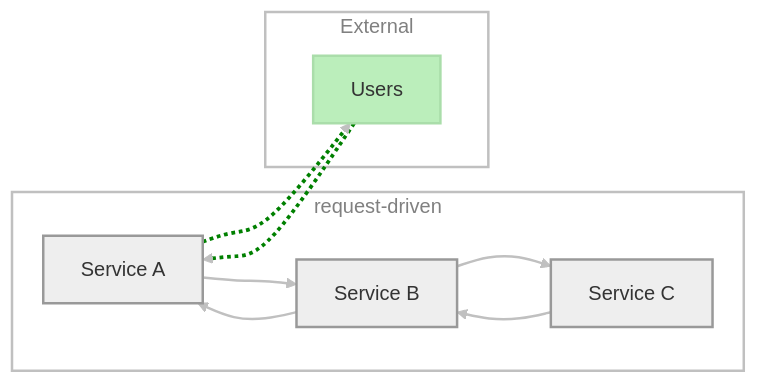
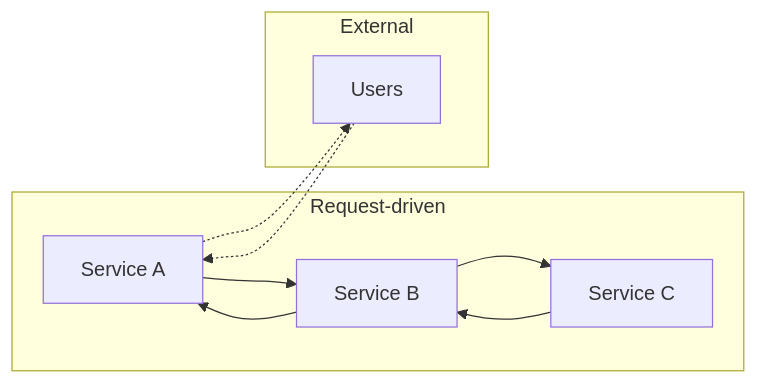
Before and after one commit to sdelrio/golden-forest: the first of 3 diagrams in docs/Develop-Code/Software-Architecture/microservices.md, drawn with Mermaid. The commit also changed other lines of this file and 19 other files, not shown here.

First line of the commit message:
feat(theme): add ink plate mermaid diagrams (#377)

````diff
--- a/docs/Develop-Code/Software-Architecture/microservices.md
+++ b/docs/Develop-Code/Software-Architecture/microservices.md
@@ -32,23 +31,16 @@
 ```mermaid
-    graph LR;
-        subgraph "request-driven"
+    graph LR
+        subgraph request-driven[Request-driven]
             SA[Service A] --> SB[Service B]
             SB --> SA
             SB --> SC[Service C]
             SC --> SB
         end
-        subgraph external [External]
-            users[Users] -.-> SA
-            SA -.-> users
+        subgraph external[External]
+            users[Users]
         end
+        users -.-> SA
+        SA -.-> users
 
-        linkStyle 4 stroke:green,stroke-width:3px,stroke-dasharray:3;
-        linkStyle 5 stroke:green,stroke-width:3px,stroke-dasharray:3;
-        linkStyle default stroke-width:2px,fill:none,stroke:#c0c0c0
-        classDef green fill:#beb,stroke:#ada,stroke-width:2px
-        classDef gray fill:#eee,stroke:#999,stroke-width:2px
-        classDef section color:#808080,fill:none,stroke:#c0c0c0,stroke-width:2px
-        class users green
-        class SA,SB,SC gray
-        class request-driven,external section
+        class users external
 ```
````
